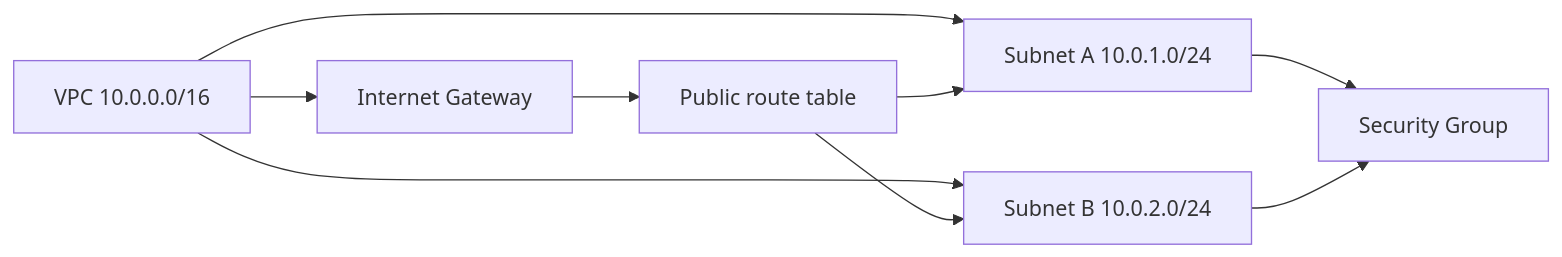
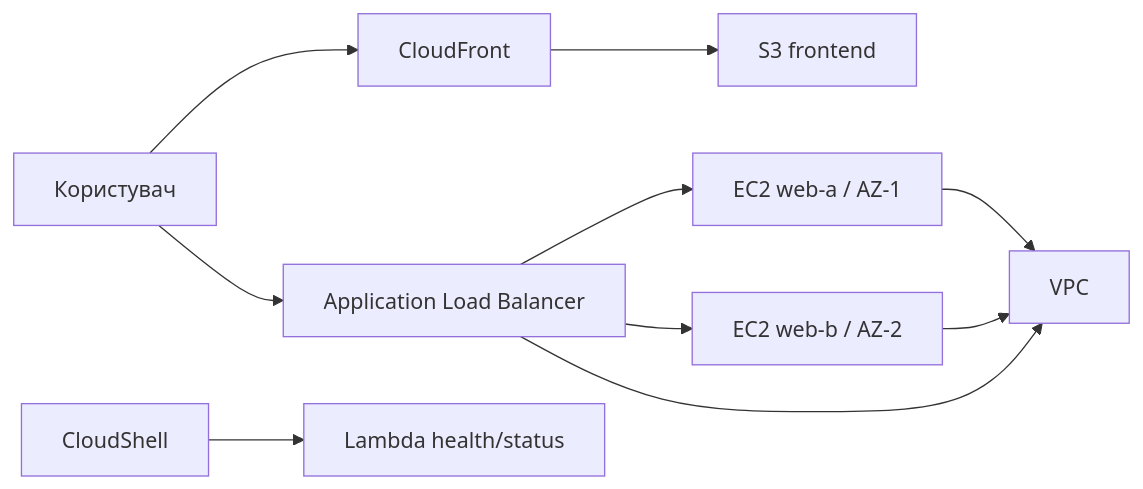
One commit to rossogamata/tasp243 changed the second of 2 diagrams in Lesson1_2/README.md. Above: the diagram before and after it, drawn with Mermaid. The commit also changed other lines of this file and 6 other files, not shown here.

````diff
--- a/Lesson1_2/README.md
+++ b/Lesson1_2/README.md
@@ -12,11 +48,12 @@
 ```mermaid
 flowchart LR
-    VPC[VPC 10.0.0.0/16] --> A[Subnet A 10.0.1.0/24]
-    VPC --> B[Subnet B 10.0.2.0/24]
-    VPC --> IGW[Internet Gateway]
-    IGW --> RT[Public route table]
-    RT --> A
-    RT --> B
-    A --> SG[Security Group]
-    B --> SG
+    User[Користувач] --> CF[CloudFront]
+    CF --> S3[S3 frontend]
+    User --> ALB[Application Load Balancer]
+    ALB --> A[EC2 web-a / AZ-1]
+    ALB --> B[EC2 web-b / AZ-2]
+    CLI[CloudShell] --> Lambda[Lambda health/status]
+    A --> VPC[VPC]
+    B --> VPC
+    ALB --> VPC
 ```
````
